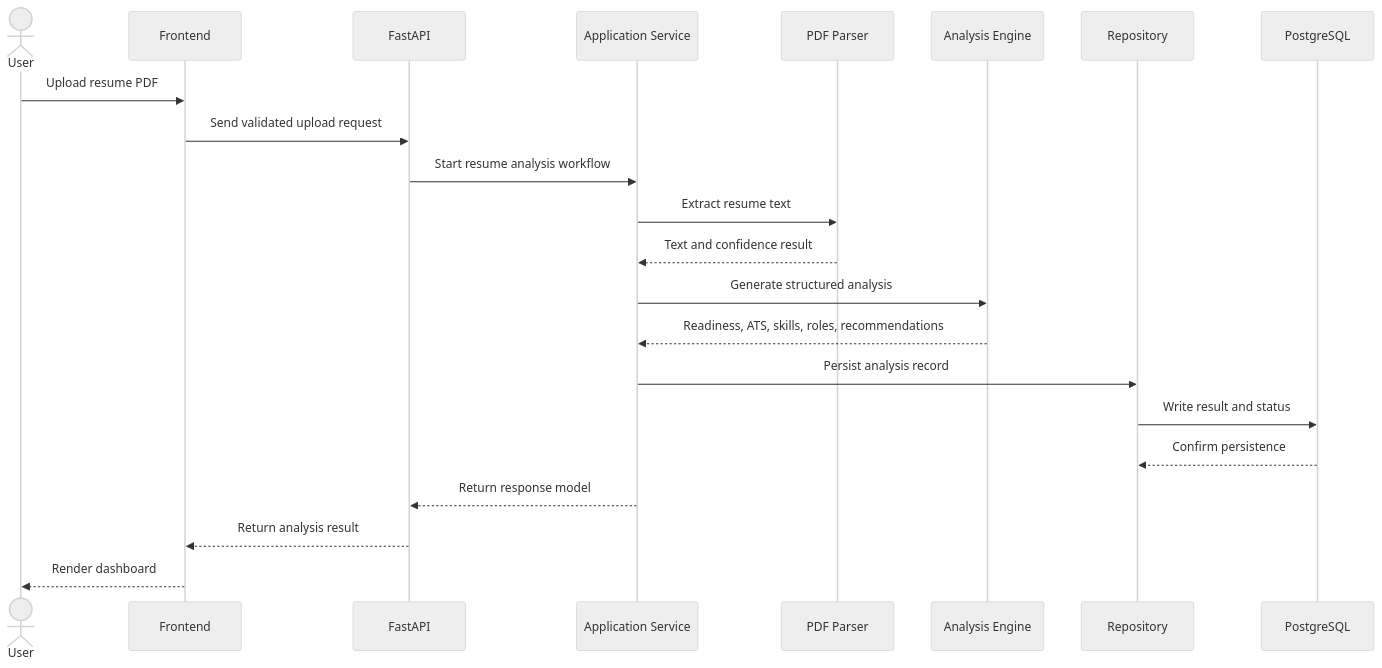
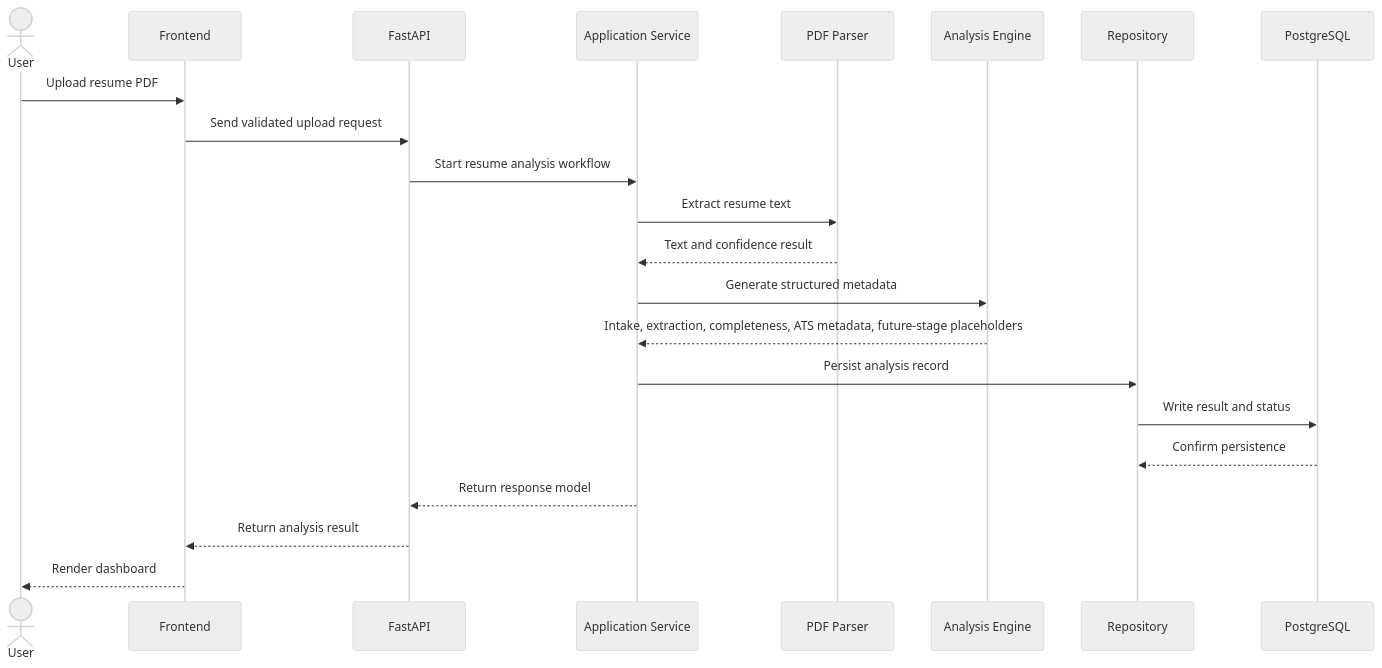
One commit to Justindwinata/CareerBoostAI changed the second of 2 diagrams in docs/SYSTEM_ARCHITECTURE.md. Above: the diagram before and after it, drawn with Mermaid (neutral theme). The commit also changed other lines of this file and 2 other files, not shown here.

Commit message:
docs: update sprint 2 ATS progress documentation

````diff
--- a/docs/SYSTEM_ARCHITECTURE.md
+++ b/docs/SYSTEM_ARCHITECTURE.md
@@ -58,25 +58,25 @@
 ```mermaid
 sequenceDiagram
   actor User
   participant FE as Frontend
   participant API as FastAPI
   participant App as Application Service
   participant Parser as PDF Parser
   participant Analysis as Analysis Engine
   participant Repo as Repository
   participant DB as PostgreSQL
 
   User->>FE: Upload resume PDF
   FE->>API: Send validated upload request
   API->>App: Start resume analysis workflow
   App->>Parser: Extract resume text
   Parser-->>App: Text and confidence result
-  App->>Analysis: Generate structured analysis
-  Analysis-->>App: Readiness, ATS, skills, roles, recommendations
+  App->>Analysis: Generate structured metadata
+  Analysis-->>App: Intake, extraction, completeness, ATS metadata, future-stage placeholders
   App->>Repo: Persist analysis record
   Repo->>DB: Write result and status
   DB-->>Repo: Confirm persistence
   App-->>API: Return response model
   API-->>FE: Return analysis result
   FE-->>User: Render dashboard
 ```
````
